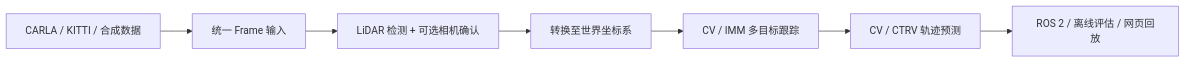
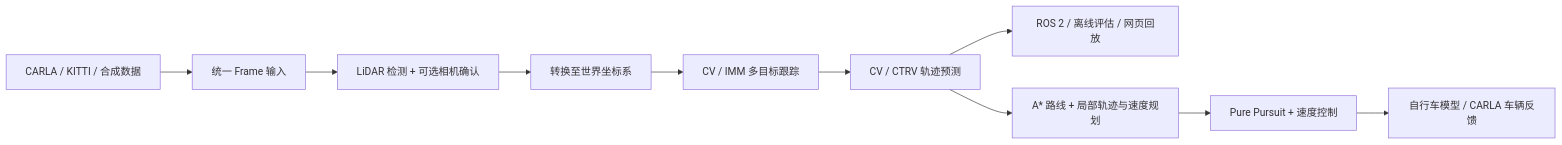
Before and after one commit to AYANE225/Auto-Driver: the diagram in README.md, drawn with Mermaid. The commit also changed other lines of this file and 54 other files, not shown here.

````diff
--- a/README.md
+++ b/README.md
@@ -113,9 +139,12 @@
 ```mermaid
 flowchart LR
     A[CARLA / KITTI / 合成数据] --> B[统一 Frame 输入]
     B --> C[LiDAR 检测 + 可选相机确认]
     C --> D[转换至世界坐标系]
     D --> E[CV / IMM 多目标跟踪]
     E --> F[CV / CTRV 轨迹预测]
     F --> G[ROS 2 / 离线评估 / 网页回放]
+    F --> H[A* 路线 + 局部轨迹与速度规划]
+    H --> I[Pure Pursuit + 速度控制]
+    I --> J[自行车模型 / CARLA 车辆反馈]
 ```
````
